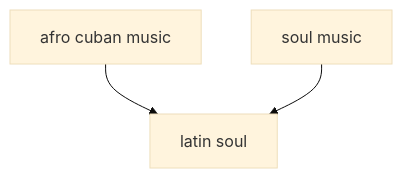
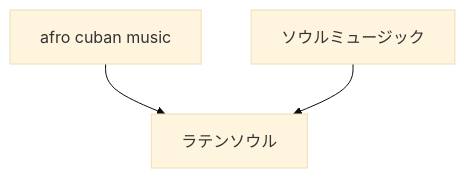
Before and after one commit to monumental-movement/monumental-movement.github.io: the fourth of 7 diagrams in en/_posts/2026-06-25-column-mongo-santamaria.md, drawn with Mermaid (base theme). The commit also changed other lines of this file and 2196 other files, not shown here.

```diff
--- a/en/_posts/2026-06-25-column-mongo-santamaria.md
+++ b/en/_posts/2026-06-25-column-mongo-santamaria.md
@@ -546,10 +545,10 @@
 <div class="mermaid">
 graph TD
 A[afro cuban music]
-B[soul music]
-C[latin soul]
+B[ソウルミュージック]
+C[ラテンソウル]
 
 A --> C
 B --> C
 
 </div>
```
